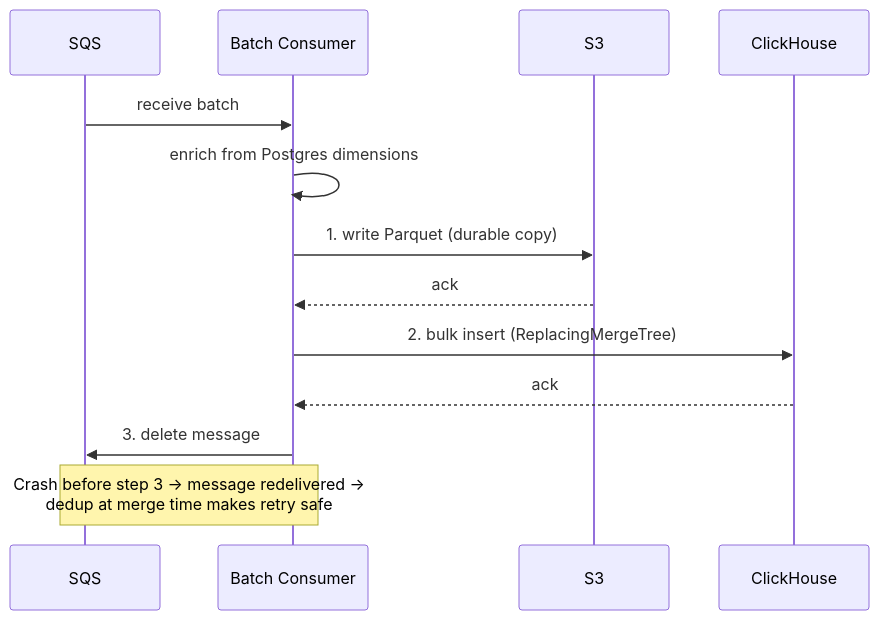
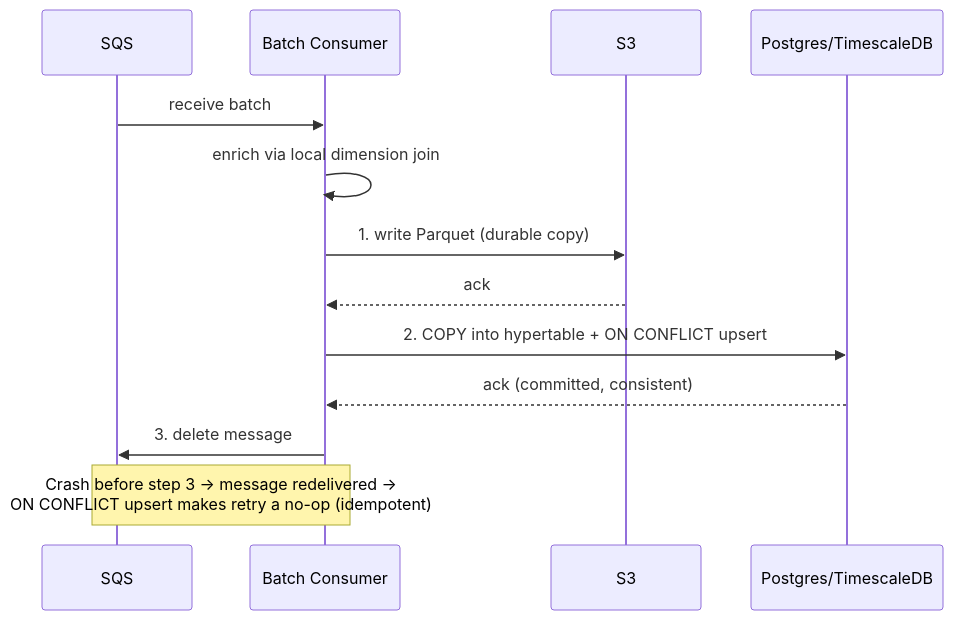
One commit to MagenticIn/MLS-Revamp changed the third of 6 diagrams in architecture.md. Above: the diagram before and after it, drawn with Mermaid. The commit also changed other lines of this file, not shown here.

First line of the commit message:
Replace ClickHouse with TimescaleDB — single Postgres store

````diff
--- a/architecture.md
+++ b/architecture.md
@@ -124,16 +134,16 @@
 ```mermaid
 sequenceDiagram
     participant SQS
     participant C as Batch Consumer
     participant S3
-    participant CH as ClickHouse
+    participant PG as Postgres/TimescaleDB
 
     SQS->>C: receive batch
-    C->>C: enrich from Postgres dimensions
+    C->>C: enrich via local dimension join
     C->>S3: 1. write Parquet (durable copy)
     S3-->>C: ack
-    C->>CH: 2. bulk insert (ReplacingMergeTree)
-    CH-->>C: ack
+    C->>PG: 2. COPY into hypertable + ON CONFLICT upsert
+    PG-->>C: ack (committed, consistent)
     C->>SQS: 3. delete message
-    Note over C,SQS: Crash before step 3 → message redelivered →<br/>dedup at merge time makes retry safe
+    Note over C,SQS: Crash before step 3 → message redelivered →<br/>ON CONFLICT upsert makes retry a no-op (idempotent)
 ```
````
